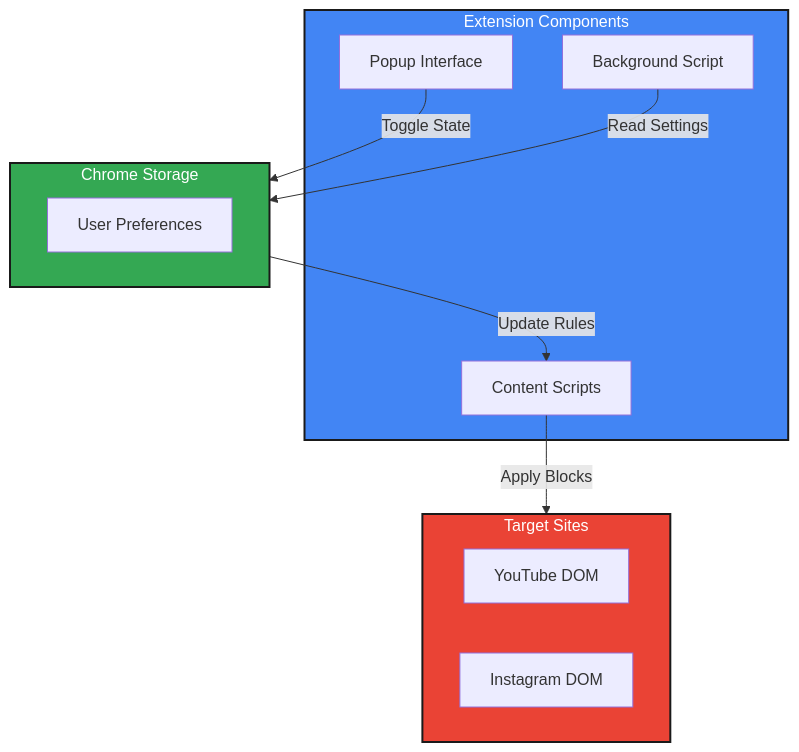
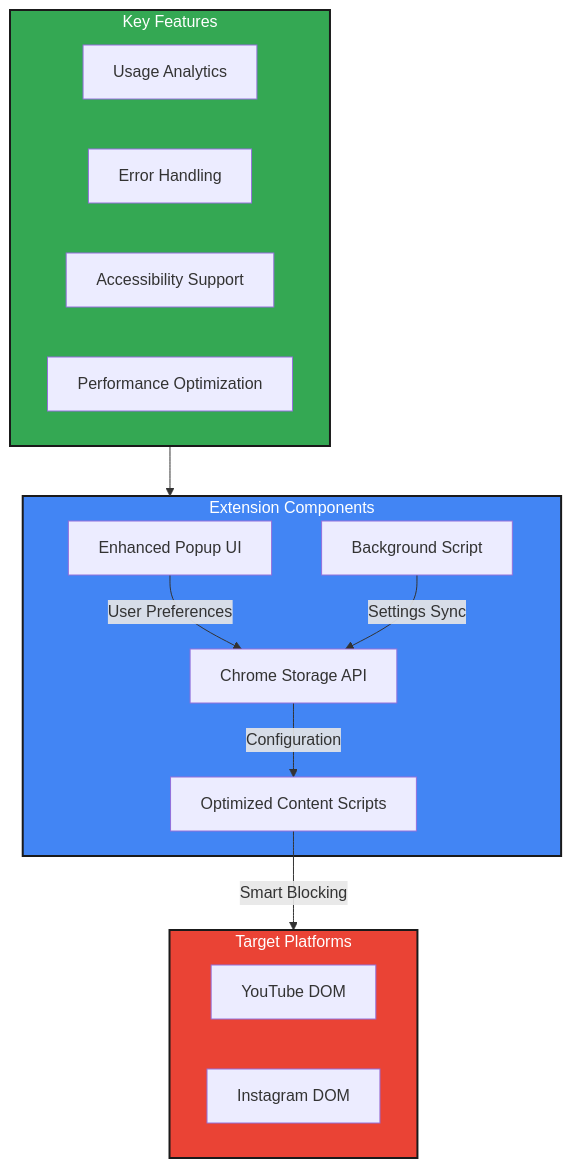
One commit to Vignesh-kumar-D/shorts_reel_blocker changed the diagram in README.md. Above: the diagram before and after it, drawn with Mermaid. The commit also changed other lines of this file and 5 other files, not shown here.

````diff
--- a/README.md
+++ b/README.md
@@ -27,30 +53,36 @@
 ```mermaid
 flowchart TB
     subgraph Extension["Extension Components"]
-        Pop["Popup Interface"]
+        Pop["Enhanced Popup UI"]
         Background["Background Script"]
-        Content["Content Scripts"]
+        Content["Optimized Content Scripts"]
+        Storage["Chrome Storage API"]
     end
 
-    subgraph Storage["Chrome Storage"]
-        Settings["User Preferences"]
+    subgraph Features["Key Features"]
+        Analytics["Usage Analytics"]
+        Error["Error Handling"]
+        Accessibility["Accessibility Support"]
+        Performance["Performance Optimization"]
     end
 
-    subgraph Sites["Target Sites"]
+    subgraph Platforms["Target Platforms"]
         YT["YouTube DOM"]
         IG["Instagram DOM"]
     end
 
-    Pop -->|"Toggle State"| Storage
-    Background -->|"Read Settings"| Storage
-    Content -->|"Apply Blocks"| Sites
-    Storage -->|"Update Rules"| Content
+    Pop -->|"User Preferences"| Storage
+    Background -->|"Settings Sync"| Storage
+    Content -->|"Smart Blocking"| Platforms
+    Storage -->|"Configuration"| Content
+
+    Features --> Extension
 
     classDef extension fill:#4285F4,stroke:#1A1A1A,stroke-width:2px,color:white
-    classDef storage fill:#34A853,stroke:#1A1A1A,stroke-width:2px,color:white
-    classDef sites fill:#EA4335,stroke:#1A1A1A,stroke-width:2px,color:white
+    classDef features fill:#34A853,stroke:#1A1A1A,stroke-width:2px,color:white
+    classDef platforms fill:#EA4335,stroke:#1A1A1A,stroke-width:2px,color:white
 
     class Extension extension
-    class Storage storage
-    class Sites sites
+    class Features features
+    class Platforms platforms
 ```
````
